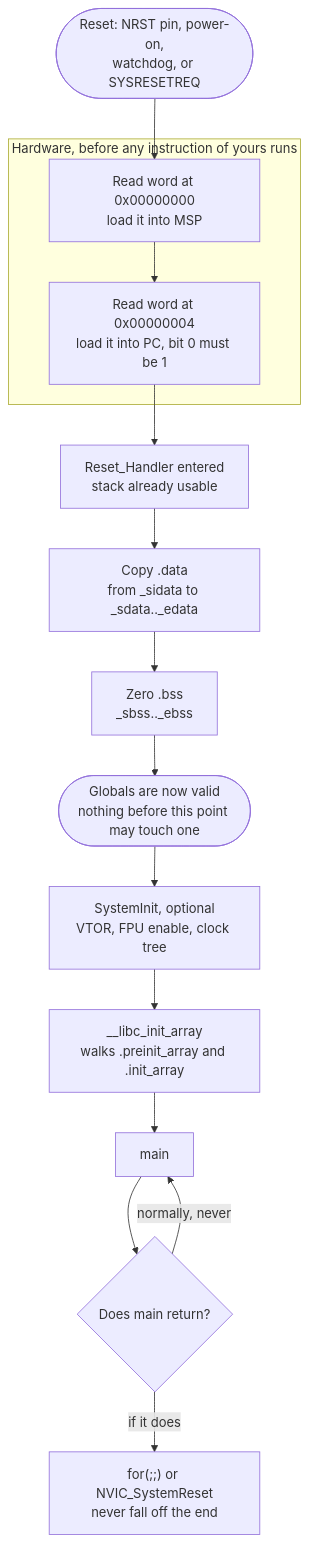
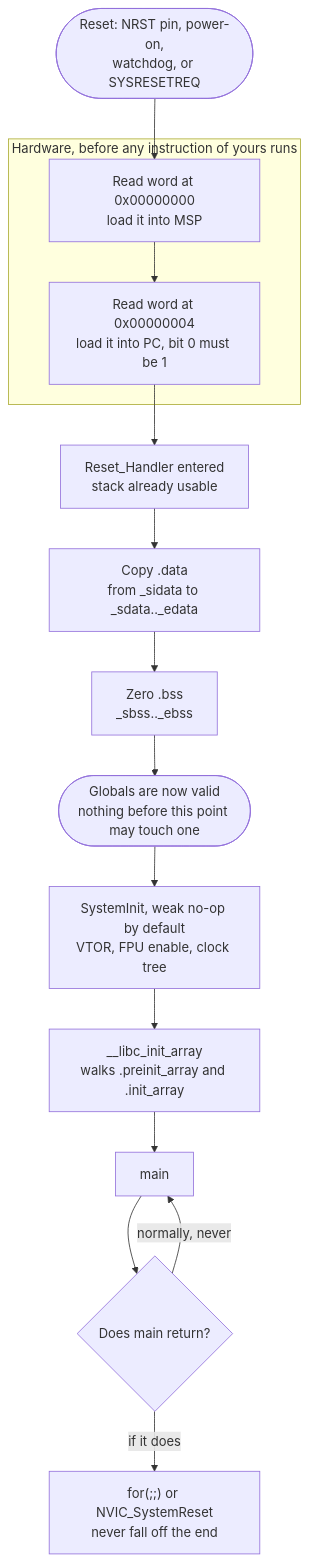
One commit to AndriiSonsiadlo/knowledge-base changed the diagram in docs/embedded/03-toolchain-and-build/startup-code.md. Above: the diagram before and after it, drawn with Mermaid. The commit also changed other lines of this file, not shown here.

Commit message:
fix: guard SystemInit call in startup code example

````diff
--- a/docs/embedded/03-toolchain-and-build/startup-code.md
+++ b/docs/embedded/03-toolchain-and-build/startup-code.md
@@ -23,19 +23,19 @@
 ```mermaid
 flowchart TD
     R(["Reset: NRST pin, power-on,<br/>watchdog, or SYSRESETREQ"]) --> HW
 
     subgraph HWB["Hardware, before any instruction of yours runs"]
         HW["Read word at 0x00000000<br/>load it into MSP"] --> HW2["Read word at 0x00000004<br/>load it into PC, bit 0 must be 1"]
     end
 
     HW2 --> RH["Reset_Handler entered<br/>stack already usable"]
     RH --> CPY["Copy .data<br/>from _sidata to _sdata.._edata"]
     CPY --> ZER["Zero .bss<br/>_sbss.._ebss"]
     ZER --> OK(["Globals are now valid<br/>nothing before this point may touch one"])
-    OK --> SI["SystemInit, optional<br/>VTOR, FPU enable, clock tree"]
+    OK --> SI["SystemInit, weak no-op by default<br/>VTOR, FPU enable, clock tree"]
     SI --> LIA["__libc_init_array<br/>walks .preinit_array and .init_array"]
     LIA --> M["main"]
     M --> RET{"Does main return?"}
     RET -->|"normally, never"| M
     RET -->|"if it does"| TRAP["for(;;) or NVIC_SystemReset<br/>never fall off the end"]
 ```
````
